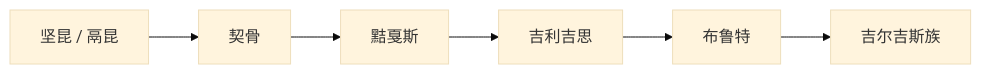
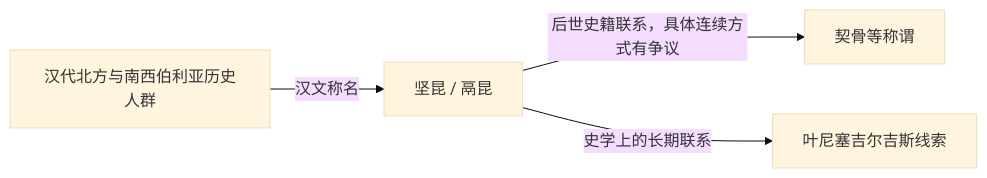
One commit to tianlan-dev/learning-notes changed the diagram in 人文科学/历史/东亚/中国/_民族/突厥语族与北方草原/叶尼塞吉尔吉斯/坚昆.md. Above: the diagram before and after it, drawn with Mermaid (base theme). The commit also changed other lines of this file and 180 other files, not shown here.

````diff
--- a/人文科学/历史/东亚/中国/_民族/突厥语族与北方草原/叶尼塞吉尔吉斯/坚昆.md
+++ b/人文科学/历史/东亚/中国/_民族/突厥语族与北方草原/叶尼塞吉尔吉斯/坚昆.md
@@ -28,8 +33,6 @@
 ```mermaid
 flowchart LR
-  Jiankun["坚昆 / 鬲昆"] --> Qigu["契骨"]
-  Qigu --> Xiajiasi["黠戛斯"]
-  Xiajiasi --> Jilijisi["吉利吉思"]
-  Jilijisi --> Bulute["布鲁特"]
-  Bulute --> Kyrgyz["吉尔吉斯族"]
+    North["汉代北方与南西伯利亚历史人群"] -->|"汉文称名"| Jiankun["坚昆 / 鬲昆"]
+    Jiankun -->|"后世史籍联系，具体连续方式有争议"| Qigu["契骨等称谓"]
+    Jiankun -->|"史学上的长期联系"| Yenisei["叶尼塞吉尔吉斯线索"]
 ```
````
